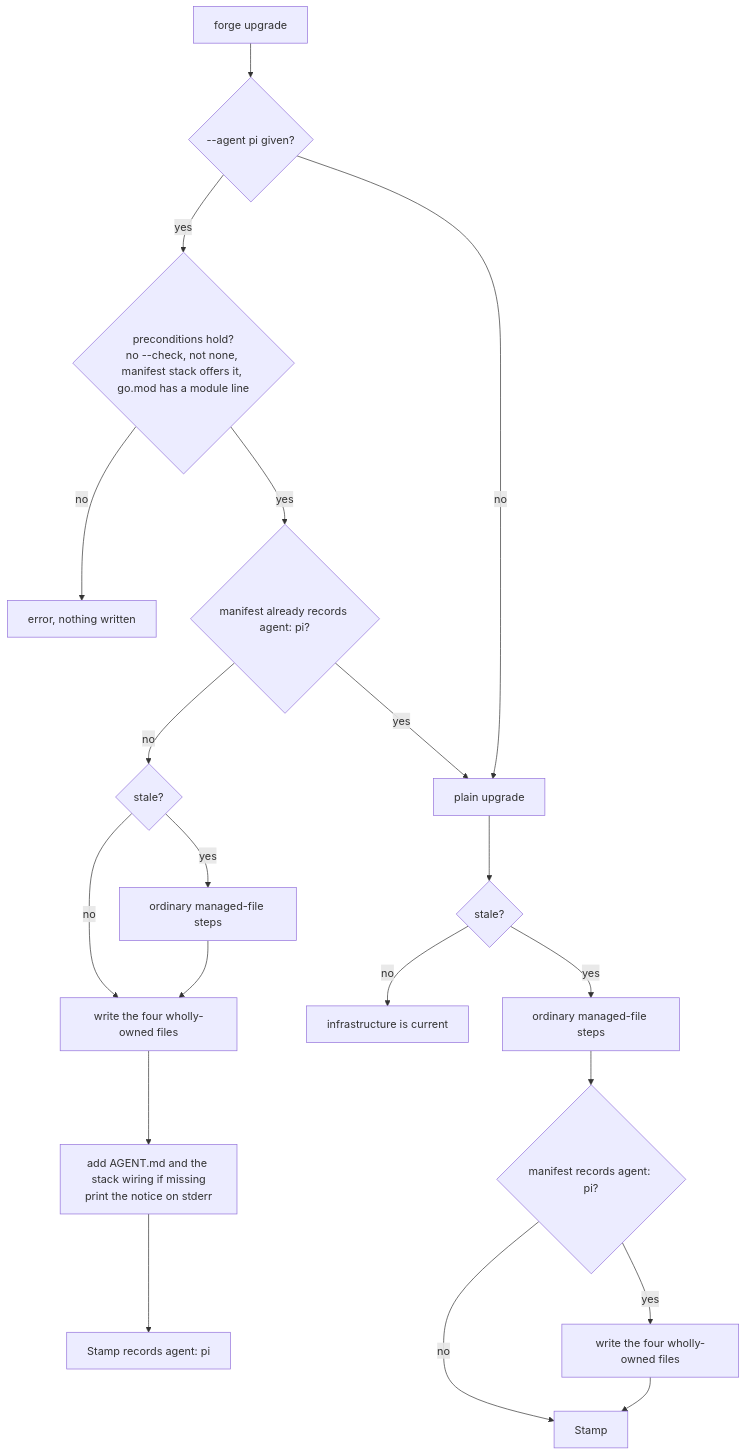
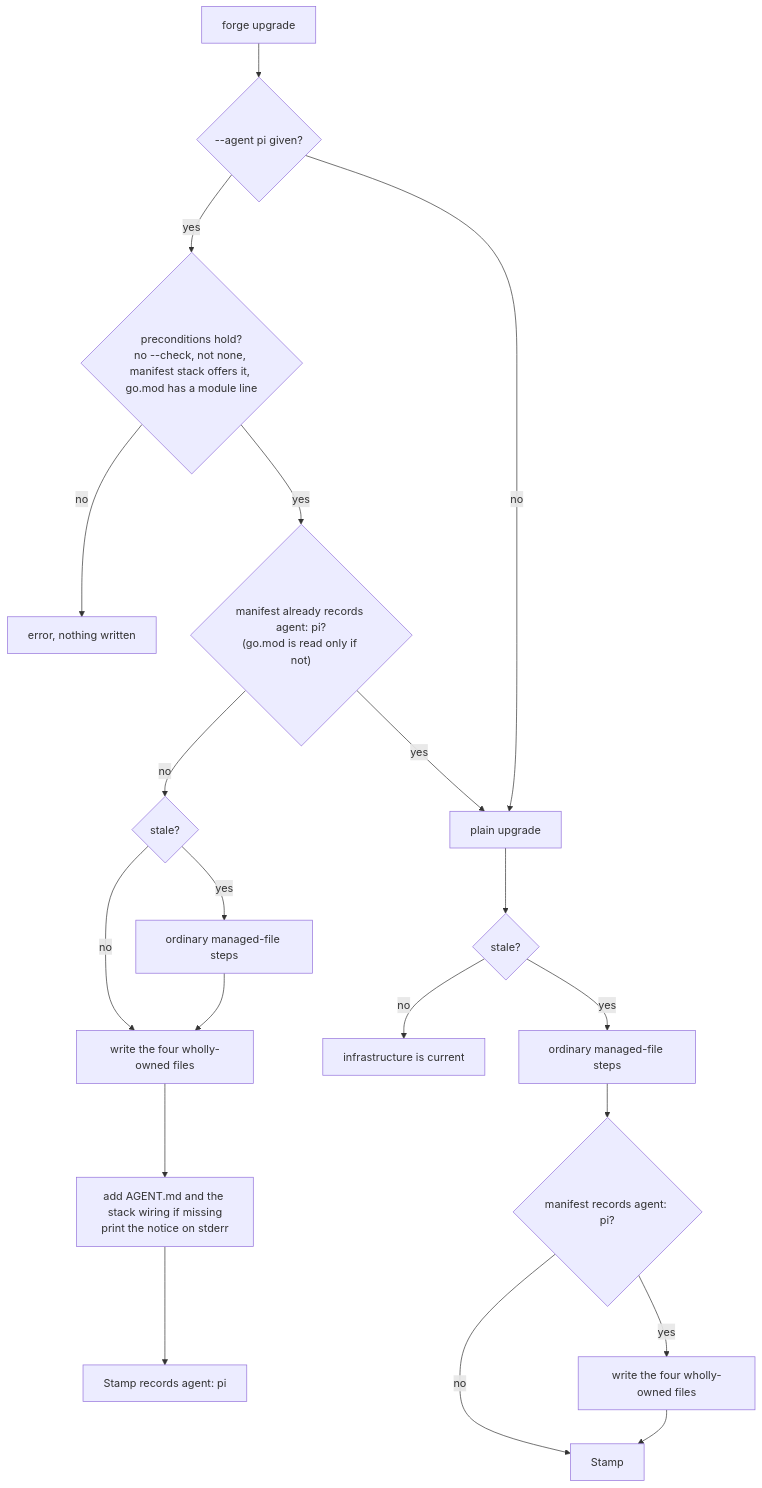
One commit to AvogadroSG1/forge changed the diagram in docs/adr/0028-upgrade-delivers-agent-addon.md. Above: the diagram before and after it, drawn with Mermaid. The commit also changed other lines of this file and 11 other files, not shown here.

````diff
--- a/docs/adr/0028-upgrade-delivers-agent-addon.md
+++ b/docs/adr/0028-upgrade-delivers-agent-addon.md
@@ -18,22 +18,22 @@
 ```mermaid
 flowchart TD
     S["forge upgrade"] --> F{"--agent pi given?"}
     F -->|"yes"| P{"preconditions hold?<br/>no --check, not none, manifest stack offers it, go.mod has a module line"}
     P -->|"no"| E["error, nothing written"]
-    P -->|"yes"| R{"manifest already records agent: pi?"}
+    P -->|"yes"| R{"manifest already records agent: pi?<br/>(go.mod is read only if not)"}
     R -->|"yes"| PL["plain upgrade"]
     R -->|"no"| ST{"stale?"}
     F -->|"no"| PL
     ST -->|"yes"| M["ordinary managed-file steps"]
     ST -->|"no"| O
     M --> O["write the four wholly-owned files"]
     O --> W["add AGENT.md and the stack wiring if missing<br/>print the notice on stderr"]
     W --> Z["Stamp records agent: pi"]
     PL --> PS{"stale?"}
     PS -->|"no"| C["infrastructure is current"]
     PS -->|"yes"| PM["ordinary managed-file steps"]
     PM --> PA{"manifest records agent: pi?"}
     PA -->|"yes"| PO["write the four wholly-owned files"]
     PA -->|"no"| PZ["Stamp"]
     PO --> PZ
 ```
````
